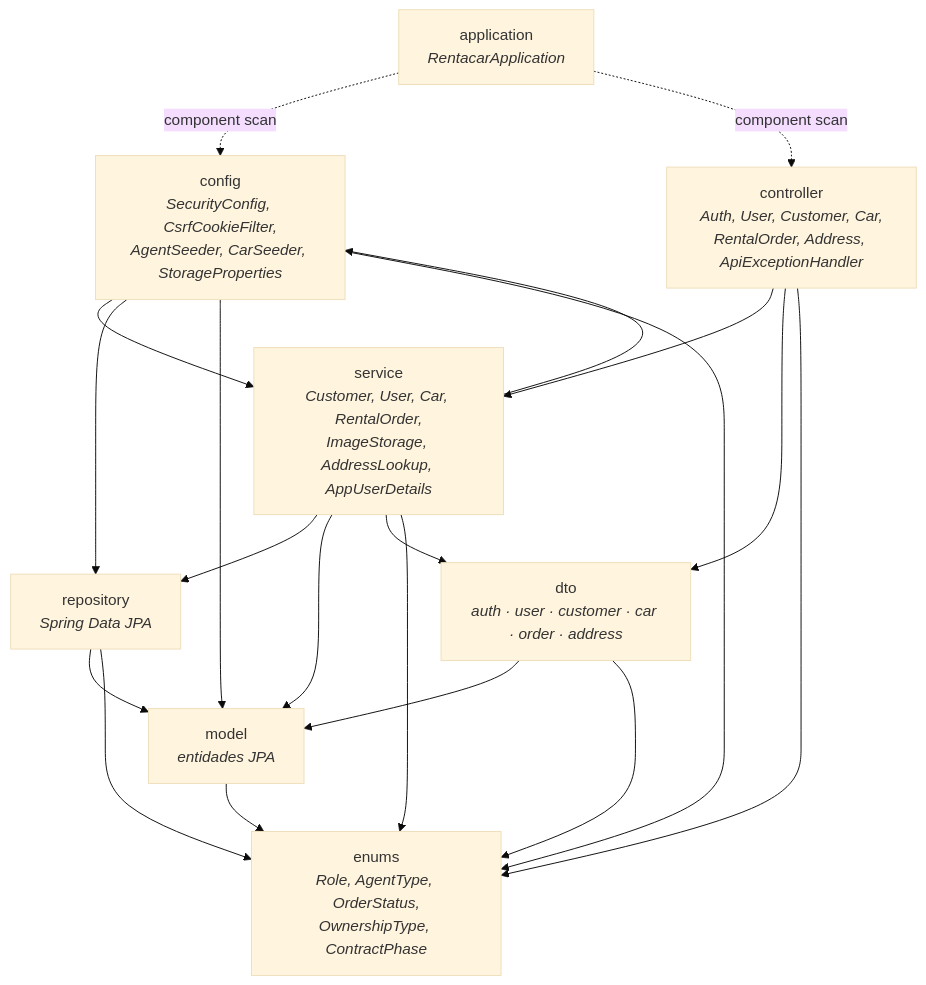
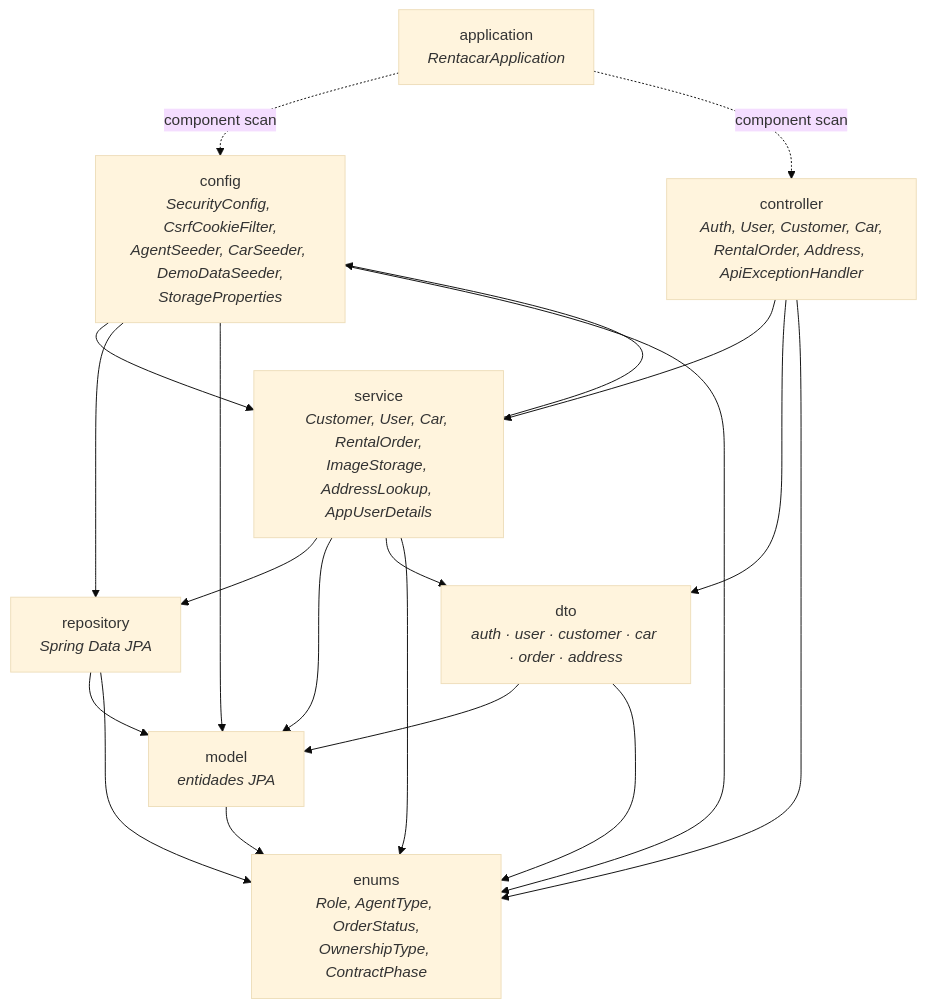
One commit to lsivolella/Lab2 changed the second of 3 diagrams in docs/diagrama-de-pacotes.md. Above: the diagram before and after it, drawn with Mermaid (base theme). The commit also changed other lines of this file and 2 other files, not shown here.

Commit message:
docs: document demo data and demo customer credentials

````diff
--- a/docs/diagrama-de-pacotes.md
+++ b/docs/diagrama-de-pacotes.md
@@ -47,31 +47,31 @@
 ```mermaid
 flowchart TB
     application["application<br/><i>RentacarApplication</i>"]
-    config["config<br/><i>SecurityConfig, CsrfCookieFilter,<br/>AgentSeeder, CarSeeder, StorageProperties</i>"]
+    config["config<br/><i>SecurityConfig, CsrfCookieFilter,<br/>AgentSeeder, CarSeeder, DemoDataSeeder,<br/>StorageProperties</i>"]
     controller["controller<br/><i>Auth, User, Customer, Car,<br/>RentalOrder, Address, ApiExceptionHandler</i>"]
     service["service<br/><i>Customer, User, Car, RentalOrder,<br/>ImageStorage, AddressLookup, AppUserDetails</i>"]
     repository["repository<br/><i>Spring Data JPA</i>"]
     model["model<br/><i>entidades JPA</i>"]
     dto["dto<br/><i>auth · user · customer · car · order · address</i>"]
     enums["enums<br/><i>Role, AgentType, OrderStatus,<br/>OwnershipType, ContractPhase</i>"]
 
     application -. "component scan" .-> config
     application -. "component scan" .-> controller
     controller --> service
     controller --> dto
     controller --> enums
     service --> repository
     service --> model
     service --> dto
     service --> enums
     service --> config
     config --> service
     config --> repository
     config --> model
     config --> enums
     repository --> model
     repository --> enums
     dto --> model
     dto --> enums
     model --> enums
 ```
````
